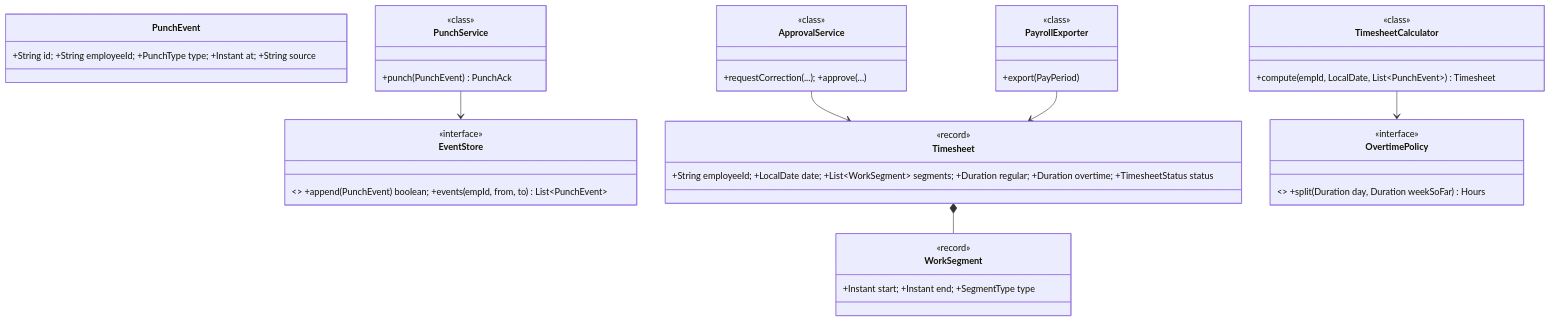
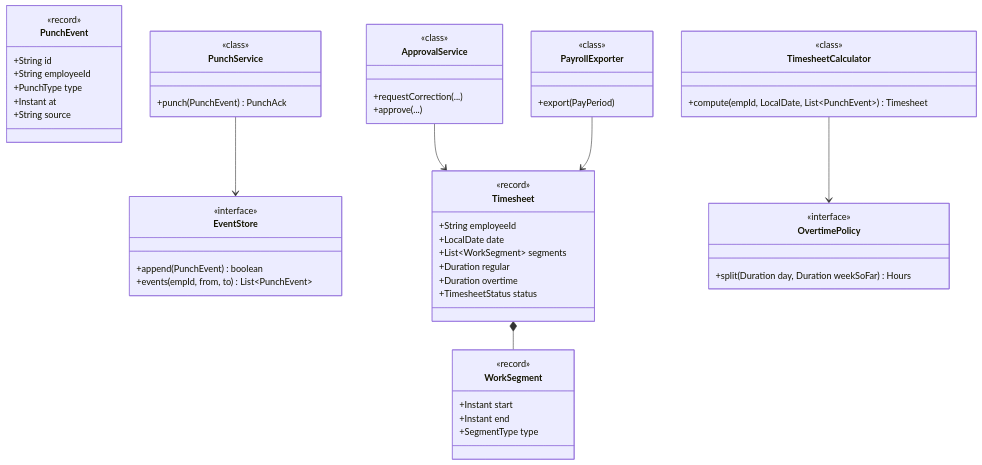
One commit to amarkum/amarkumar.guru changed the first of 2 diagrams in system-design/lld/12-attendance-system.md. Above: the diagram before and after it, drawn with Mermaid. The commit also changed other lines of this file and 27 other files, not shown here.

Commit message:
Add plain-English answers to every follow-up question and split Java code into per-type tabs.

````diff
--- a/system-design/lld/12-attendance-system.md
+++ b/system-design/lld/12-attendance-system.md
@@ -42,41 +42,75 @@
 ```mermaid
 classDiagram
-    class PunchEvent { +String id; +String employeeId; +PunchType type; +Instant at; +String source }
-    class PunchService { +punch(PunchEvent) PunchAck }
-    class EventStore { <<interface>> +append(PunchEvent) boolean; +events(empId, from, to) List~PunchEvent~ }
-    class TimesheetCalculator { +compute(empId, LocalDate, List~PunchEvent~) Timesheet }
-    class Timesheet { +String employeeId; +LocalDate date; +List~WorkSegment~ segments; +Duration regular; +Duration overtime; +TimesheetStatus status }
-    class WorkSegment { +Instant start; +Instant end; +SegmentType type }
-    class OvertimePolicy { <<interface>> +split(Duration day, Duration weekSoFar) Hours }
-    class ApprovalService { +requestCorrection(...); +approve(...) }
-    class PayrollExporter { +export(PayPeriod) }
+    class PunchEvent {
+      <<record>>
+      +String id
+      +String employeeId
+      +PunchType type
+      +Instant at
+      +String source
+    }
+    class PunchService {
+      +punch(PunchEvent) PunchAck
+    }
+    class EventStore {
+      <<interface>>
+      +append(PunchEvent) boolean
+      +events(empId, from, to) List~PunchEvent~
+    }
+    class TimesheetCalculator {
+      +compute(empId, LocalDate, List~PunchEvent~) Timesheet
+    }
+    class Timesheet {
+      +String employeeId
+      +LocalDate date
+      +List~WorkSegment~ segments
+      +Duration regular
+      +Duration overtime
+      +TimesheetStatus status
+    }
+    class WorkSegment {
+      +Instant start
+      +Instant end
+      +SegmentType type
+    }
+    class OvertimePolicy {
+      <<interface>>
+      +split(Duration day, Duration weekSoFar) Hours
+    }
+    class ApprovalService {
+      +requestCorrection(...)
+      +approve(...)
+    }
+    class PayrollExporter {
+      +export(PayPeriod)
+    }
     PunchService --> EventStore
     TimesheetCalculator --> OvertimePolicy
     Timesheet *-- WorkSegment
     ApprovalService --> Timesheet
     PayrollExporter --> Timesheet
     class Timesheet {
       <<record>>
     }
     class WorkSegment {
       <<record>>
     }
     class PayrollExporter {
       <<class>>
     }
     class TimesheetCalculator {
       <<class>>
     }
     class OvertimePolicy {
       <<interface>>
     }
     class ApprovalService {
       <<class>>
     }
     class PunchService {
       <<class>>
     }
     class EventStore {
       <<interface>>
     }
 ```
````
